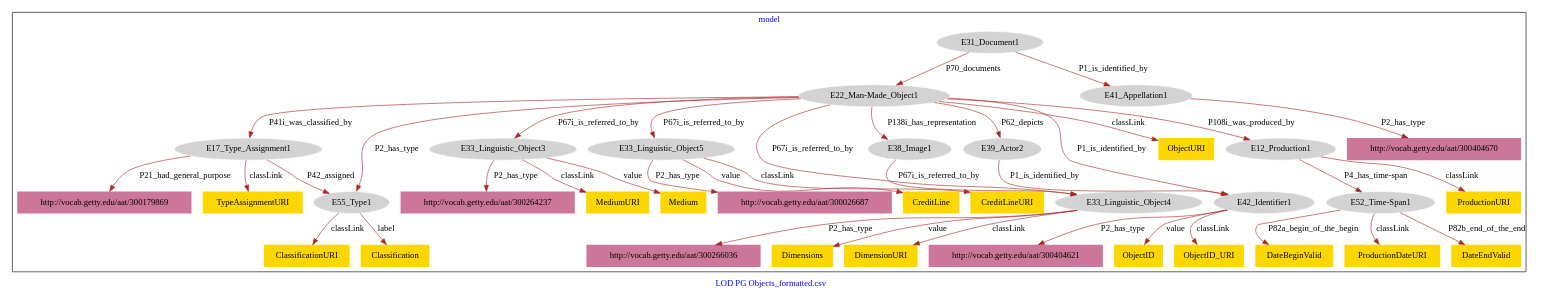
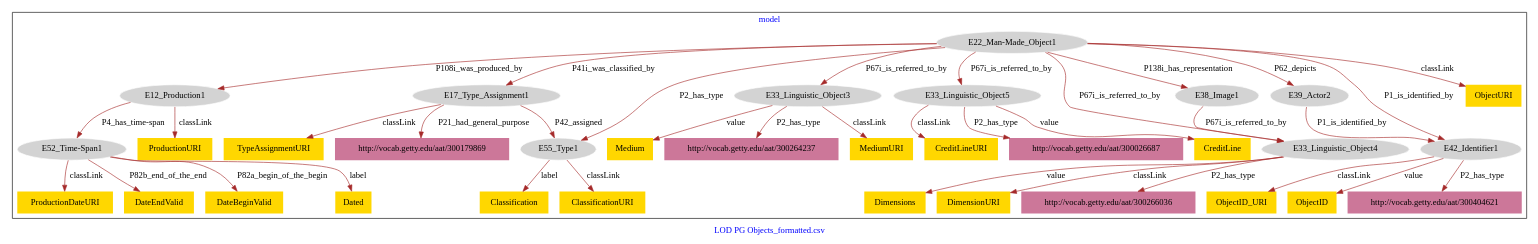
One commit to american-art/cbm changed the diagram in PG_Objects/PG_Objects-model.dot. Above: the diagram before and after it, drawn with Graphviz.

Commit message:
Update file PG_Objects-model.dot

```diff
--- a/PG_Objects/PG_Objects-model.dot
+++ b/PG_Objects/PG_Objects-model.dot
@@ -1,80 +1,76 @@
 digraph n0 {
 fontcolor="blue"
 remincross="true"
 label="LOD PG Objects_formatted.csv"
 subgraph cluster {
 label="model"
 n2[style="filled",color="white",fillcolor="lightgray",label="E12_Production1"];
 n3[style="filled",color="white",fillcolor="lightgray",label="E52_Time-Span1"];
 n4[style="filled",color="white",fillcolor="lightgray",label="E17_Type_Assignment1"];
 n5[style="filled",color="white",fillcolor="lightgray",label="E55_Type1"];
 n6[style="filled",color="white",fillcolor="lightgray",label="E22_Man-Made_Object1"];
 n7[style="filled",color="white",fillcolor="lightgray",label="E33_Linguistic_Object3"];
 n8[style="filled",color="white",fillcolor="lightgray",label="E33_Linguistic_Object5"];
 n9[style="filled",color="white",fillcolor="lightgray",label="E38_Image1"];
 n10[style="filled",color="white",fillcolor="lightgray",label="E39_Actor2"];
-n11[style="filled",color="white",fillcolor="lightgray",label="E31_Document1"];
-n12[style="filled",color="white",fillcolor="lightgray",label="E41_Appellation1"];
-n13[style="filled",color="white",fillcolor="lightgray",label="E33_Linguistic_Object4"];
-n14[style="filled",color="white",fillcolor="lightgray",label="E42_Identifier1"];
-n15[shape="plaintext",style="filled",fillcolor="gold",label="MediumURI"];
+n11[style="filled",color="white",fillcolor="lightgray",label="E33_Linguistic_Object4"];
+n12[style="filled",color="white",fillcolor="lightgray",label="E42_Identifier1"];
+n13[shape="plaintext",style="filled",fillcolor="gold",label="Dimensions"];
+n14[shape="plaintext",style="filled",fillcolor="gold",label="CreditLine"];
+n15[shape="plaintext",style="filled",fillcolor="gold",label="Classification"];
 n16[shape="plaintext",style="filled",fillcolor="gold",label="ProductionURI"];
 n17[shape="plaintext",style="filled",fillcolor="gold",label="ClassificationURI"];
-n18[shape="plaintext",style="filled",fillcolor="gold",label="CreditLine"];
-n19[shape="plaintext",style="filled",fillcolor="gold",label="CreditLineURI"];
-n20[shape="plaintext",style="filled",fillcolor="gold",label="ProductionDateURI"];
-n21[shape="plaintext",style="filled",fillcolor="gold",label="Medium"];
-n22[shape="plaintext",style="filled",fillcolor="gold",label="ObjectURI"];
-n23[shape="plaintext",style="filled",fillcolor="gold",label="TypeAssignmentURI"];
-n24[shape="plaintext",style="filled",fillcolor="gold",label="DateEndValid"];
-n25[shape="plaintext",style="filled",fillcolor="gold",label="ObjectID"];
-n26[shape="plaintext",style="filled",fillcolor="gold",label="DateBeginValid"];
-n27[shape="plaintext",style="filled",fillcolor="gold",label="ObjectID_URI"];
-n28[shape="plaintext",style="filled",fillcolor="gold",label="Dimensions"];
-n29[shape="plaintext",style="filled",fillcolor="gold",label="DimensionURI"];
-n30[shape="plaintext",style="filled",fillcolor="gold",label="Classification"];
-n31[shape="plaintext",style="filled",fillcolor="#CC7799",label="http://vocab.getty.edu/aat/300026687"];
-n32[shape="plaintext",style="filled",fillcolor="#CC7799",label="http://vocab.getty.edu/aat/300264237"];
-n33[shape="plaintext",style="filled",fillcolor="#CC7799",label="http://vocab.getty.edu/aat/300404621"];
-n34[shape="plaintext",style="filled",fillcolor="#CC7799",label="http://vocab.getty.edu/aat/300179869"];
-n35[shape="plaintext",style="filled",fillcolor="#CC7799",label="http://vocab.getty.edu/aat/300266036"];
-n36[shape="plaintext",style="filled",fillcolor="#CC7799",label="http://vocab.getty.edu/aat/300404670"];
+n18[shape="plaintext",style="filled",fillcolor="gold",label="ProductionDateURI"];
+n19[shape="plaintext",style="filled",fillcolor="gold",label="DateEndValid"];
+n20[shape="plaintext",style="filled",fillcolor="gold",label="ObjectURI"];
+n21[shape="plaintext",style="filled",fillcolor="gold",label="DimensionURI"];
+n22[shape="plaintext",style="filled",fillcolor="gold",label="DateBeginValid"];
+n23[shape="plaintext",style="filled",fillcolor="gold",label="MediumURI"];
+n24[shape="plaintext",style="filled",fillcolor="gold",label="ObjectID_URI"];
+n25[shape="plaintext",style="filled",fillcolor="gold",label="Medium"];
+n26[shape="plaintext",style="filled",fillcolor="gold",label="ObjectID"];
+n27[shape="plaintext",style="filled",fillcolor="gold",label="Dated"];
+n28[shape="plaintext",style="filled",fillcolor="gold",label="TypeAssignmentURI"];
+n29[shape="plaintext",style="filled",fillcolor="gold",label="CreditLineURI"];
+n30[shape="plaintext",style="filled",fillcolor="#CC7799",label="http://vocab.getty.edu/aat/300026687"];
+n31[shape="plaintext",style="filled",fillcolor="#CC7799",label="http://vocab.getty.edu/aat/300264237"];
+n32[shape="plaintext",style="filled",fillcolor="#CC7799",label="http://vocab.getty.edu/aat/300404621"];
+n33[shape="plaintext",style="filled",fillcolor="#CC7799",label="http://vocab.getty.edu/aat/300179869"];
+n34[shape="plaintext",style="filled",fillcolor="#CC7799",label="http://vocab.getty.edu/aat/300266036"];
 }
 n2 -> n3[color="brown",fontcolor="black",label="P4_has_time-span"]
 n4 -> n5[color="brown",fontcolor="black",label="P42_assigned"]
 n6 -> n2[color="brown",fontcolor="black",label="P108i_was_produced_by"]
 n6 -> n4[color="brown",fontcolor="black",label="P41i_was_classified_by"]
 n6 -> n7[color="brown",fontcolor="black",label="P67i_is_referred_to_by"]
 n6 -> n8[color="brown",fontcolor="black",label="P67i_is_referred_to_by"]
 n6 -> n9[color="brown",fontcolor="black",label="P138i_has_representation"]
 n6 -> n10[color="brown",fontcolor="black",label="P62_depicts"]
-n11 -> n6[color="brown",fontcolor="black",label="P70_documents"]
-n11 -> n12[color="brown",fontcolor="black",label="P1_is_identified_by"]
-n9 -> n13[color="brown",fontcolor="black",label="P67i_is_referred_to_by"]
-n10 -> n14[color="brown",fontcolor="black",label="P1_is_identified_by"]
-n7 -> n15[color="brown",fontcolor="black",label="classLink"]
+n9 -> n11[color="brown",fontcolor="black",label="P67i_is_referred_to_by"]
+n10 -> n12[color="brown",fontcolor="black",label="P1_is_identified_by"]
+n11 -> n13[color="brown",fontcolor="black",label="value"]
+n8 -> n14[color="brown",fontcolor="black",label="value"]
+n5 -> n15[color="brown",fontcolor="black",label="label"]
 n2 -> n16[color="brown",fontcolor="black",label="classLink"]
 n5 -> n17[color="brown",fontcolor="black",label="classLink"]
-n8 -> n18[color="brown",fontcolor="black",label="value"]
-n8 -> n19[color="brown",fontcolor="black",label="classLink"]
-n3 -> n20[color="brown",fontcolor="black",label="classLink"]
-n7 -> n21[color="brown",fontcolor="black",label="value"]
-n6 -> n22[color="brown",fontcolor="black",label="classLink"]
-n4 -> n23[color="brown",fontcolor="black",label="classLink"]
-n3 -> n24[color="brown",fontcolor="black",label="P82b_end_of_the_end"]
-n14 -> n25[color="brown",fontcolor="black",label="value"]
-n3 -> n26[color="brown",fontcolor="black",label="P82a_begin_of_the_begin"]
-n14 -> n27[color="brown",fontcolor="black",label="classLink"]
-n13 -> n28[color="brown",fontcolor="black",label="value"]
-n13 -> n29[color="brown",fontcolor="black",label="classLink"]
-n5 -> n30[color="brown",fontcolor="black",label="label"]
-n8 -> n31[color="brown",fontcolor="black",label="P2_has_type"]
-n7 -> n32[color="brown",fontcolor="black",label="P2_has_type"]
+n3 -> n18[color="brown",fontcolor="black",label="classLink"]
+n3 -> n19[color="brown",fontcolor="black",label="P82b_end_of_the_end"]
+n6 -> n20[color="brown",fontcolor="black",label="classLink"]
+n11 -> n21[color="brown",fontcolor="black",label="classLink"]
+n3 -> n22[color="brown",fontcolor="black",label="P82a_begin_of_the_begin"]
+n7 -> n23[color="brown",fontcolor="black",label="classLink"]
+n12 -> n24[color="brown",fontcolor="black",label="classLink"]
+n7 -> n25[color="brown",fontcolor="black",label="value"]
+n12 -> n26[color="brown",fontcolor="black",label="value"]
+n3 -> n27[color="brown",fontcolor="black",label="label"]
+n4 -> n28[color="brown",fontcolor="black",label="classLink"]
+n8 -> n29[color="brown",fontcolor="black",label="classLink"]
+n8 -> n30[color="brown",fontcolor="black",label="P2_has_type"]
+n7 -> n31[color="brown",fontcolor="black",label="P2_has_type"]
 n6 -> n5[color="brown",fontcolor="black",label="P2_has_type"]
-n14 -> n33[color="brown",fontcolor="black",label="P2_has_type"]
-n6 -> n14[color="brown",fontcolor="black",label="P1_is_identified_by"]
-n6 -> n13[color="brown",fontcolor="black",label="P67i_is_referred_to_by"]
-n4 -> n34[color="brown",fontcolor="black",label="P21_had_general_purpose"]
-n13 -> n35[color="brown",fontcolor="black",label="P2_has_type"]
-n12 -> n36[color="brown",fontcolor="black",label="P2_has_type"]
+n12 -> n32[color="brown",fontcolor="black",label="P2_has_type"]
+n6 -> n12[color="brown",fontcolor="black",label="P1_is_identified_by"]
+n6 -> n11[color="brown",fontcolor="black",label="P67i_is_referred_to_by"]
+n4 -> n33[color="brown",fontcolor="black",label="P21_had_general_purpose"]
+n11 -> n34[color="brown",fontcolor="black",label="P2_has_type"]
 }
```
